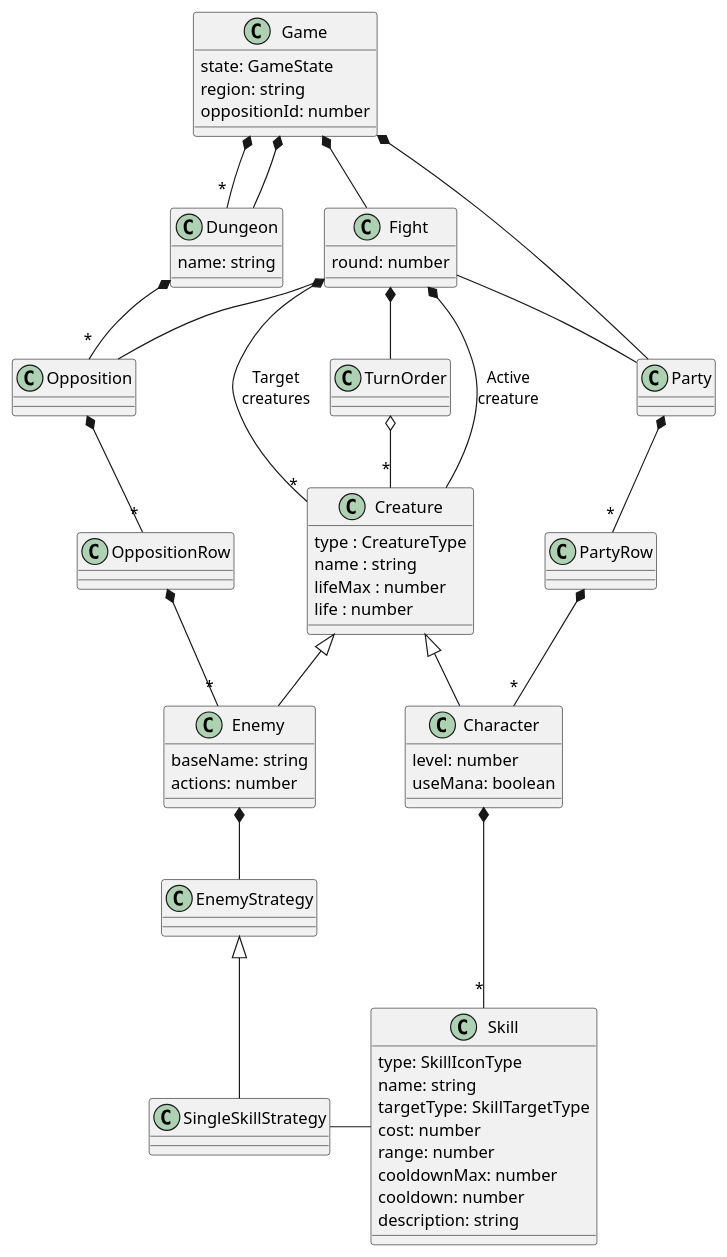
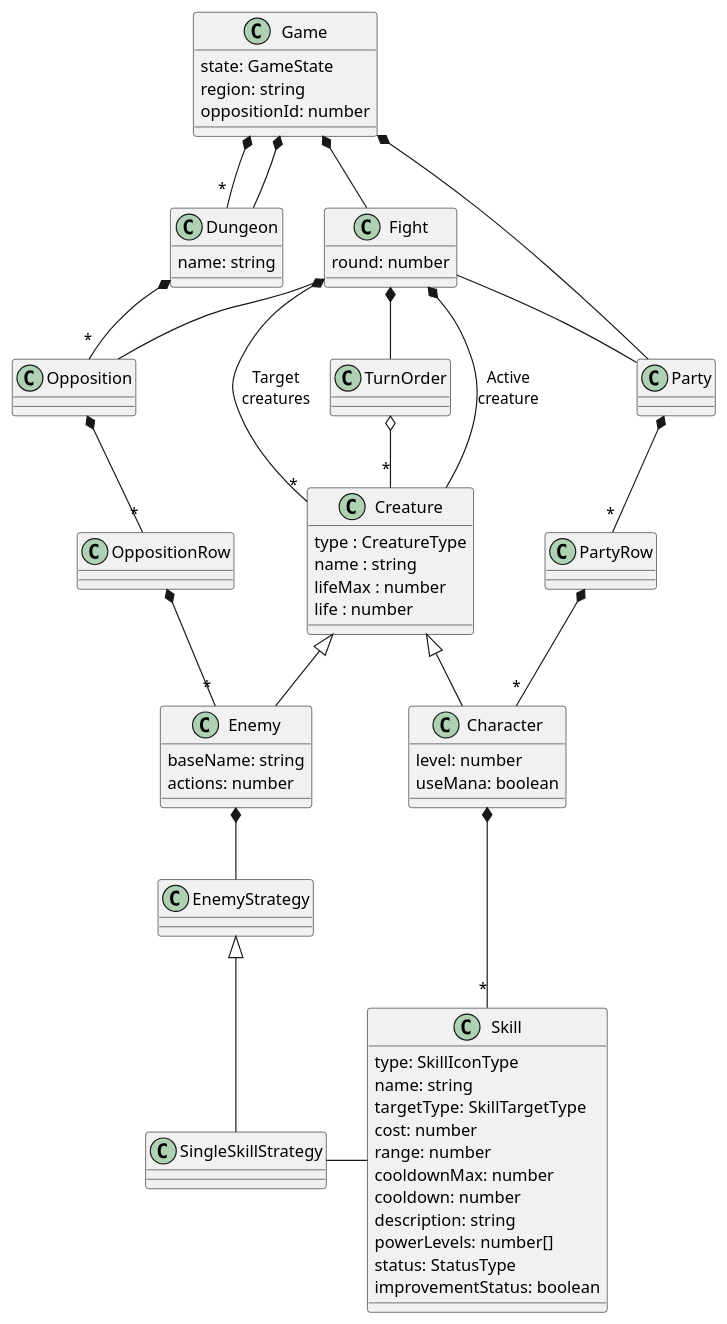
One commit to fbeaufume/draconis changed the diagram in doc/model.puml. Above: the diagram before and after it, drawn with PlantUML. The commit also changed 10 other files, not shown here.

```diff
--- a/doc/model.puml
+++ b/doc/model.puml
@@ -1,89 +1,92 @@
 @startuml
 
 class Game {
   state: GameState
   region: string
   oppositionId: number
 }
 
 class Dungeon {
   name: string
 }
 
 class Fight {
   round: number
 }
 
 
 class Party {
 }
 
 class PartyRow {
 }
 
 class Opposition {
 }
 
 class OppositionRow {
 }
 
 class TurnOrder {
 }
 
 class Creature {
   type : CreatureType
   name : string
   lifeMax : number
   life : number
 }
 
 class Character {
   level: number
   useMana: boolean
 }
 
 class Enemy {
   baseName: string
   actions: number
 }
 
 class EnemyStrategy {
 }
 
 class SingleSkillStrategy {
 }
 
 class Skill {
   type: SkillIconType
   name: string
   targetType: SkillTargetType
   cost: number
   range: number
   cooldownMax: number
   cooldown: number
   description: string
+  powerLevels: number[]
+  status: StatusType
+  improvementStatus: boolean
 }
 
 Game *-- Party
 Game *-- Fight
 Game *-- "*" Dungeon
 Game *-- Dungeon
 Dungeon *-- "*" Opposition
 Fight -- Party
 Fight -- Opposition
 Fight *-- TurnOrder
 Fight *-- Creature : "Active\ncreature"
 Fight *-- "*" Creature : "Target\ncreatures"
 TurnOrder o-- "*" Creature
 Party *-- "*" PartyRow
 PartyRow *-- "*" Character
 Opposition *-- "*" OppositionRow
 OppositionRow *-- "*" Enemy
 Creature <|-- Character
 Character *-- "*" Skill
 Enemy *-- EnemyStrategy
 Creature <|-- Enemy
 EnemyStrategy <|-- SingleSkillStrategy
 SingleSkillStrategy -right- Skill
 
 @enduml
```
